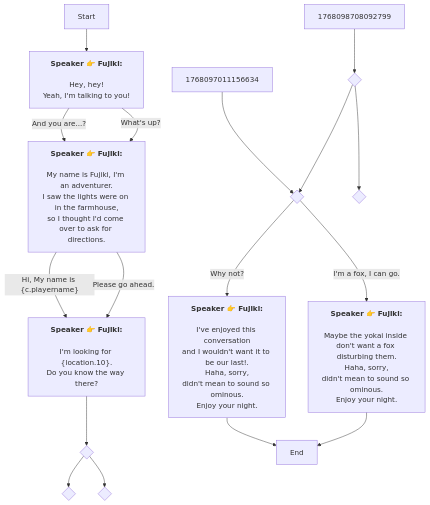
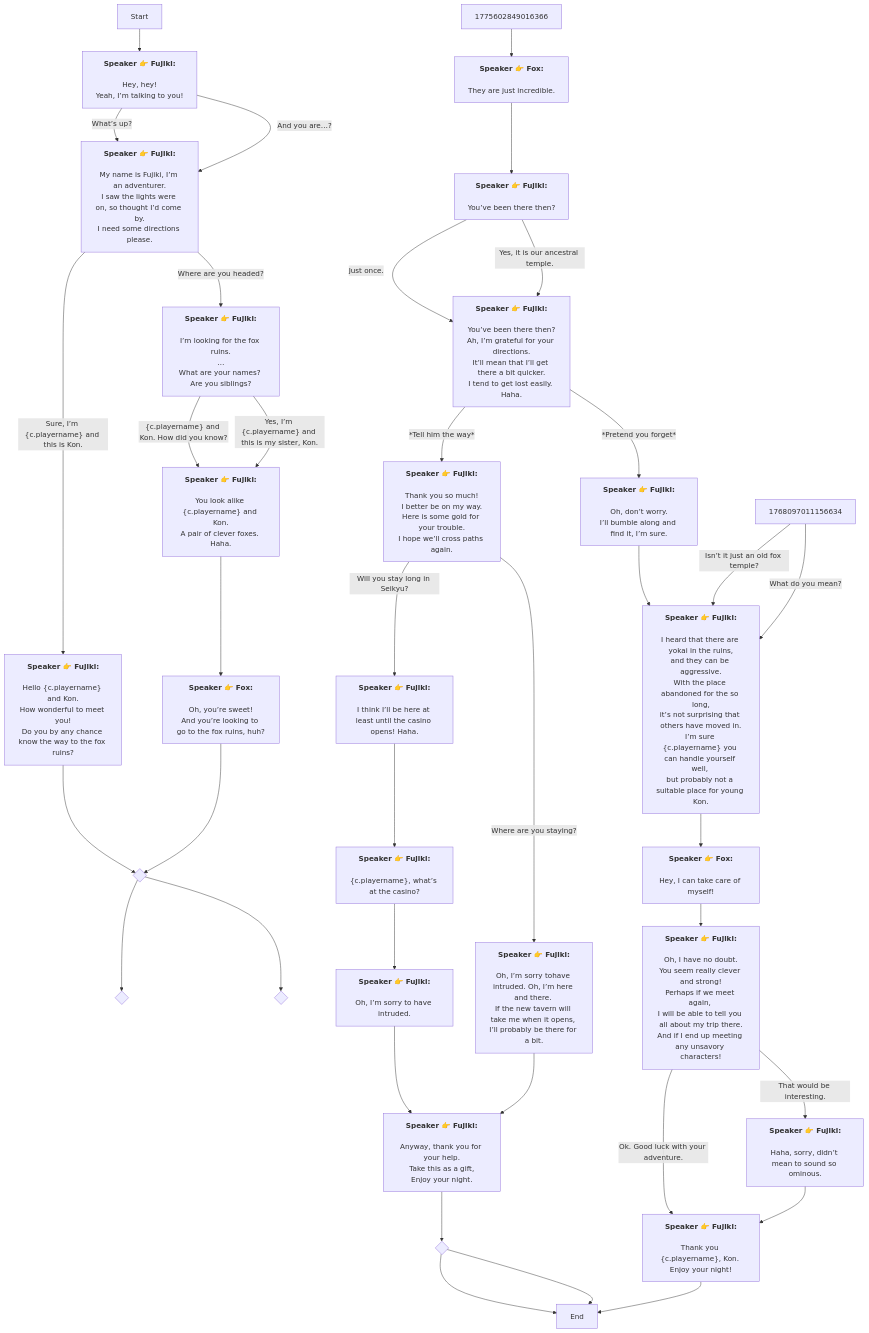
The diagram in En/QuestTalkObjectiveNode_1768086622206848.md (SoftHu/tos_avg), drawn with Mermaid before and after one commit. The commit also changed 780 other files, not shown here.

````diff
--- a/En/QuestTalkObjectiveNode_1768086622206848.md
+++ b/En/QuestTalkObjectiveNode_1768086622206848.md
@@ -2,36 +2,105 @@
 graph
 Start -->1768096637256321[<b>Speaker 👉 Fujiki:</b>
 \nHey, hey!
-Yeah, I'm talking to you!]
-1768096637256321 -->|And you are...?|1768096699678344[<b>Speaker 👉 Fujiki:</b>
-\nMy name is Fujiki, I'm an adventurer.\nI saw the lights were on in the farmhouse,
-so I thought I'd come over to ask for directions.]
-1768096637256321 -->|What's up?|1768096699678344[<b>Speaker 👉 Fujiki:</b>
-\nMy name is Fujiki, I'm an adventurer.\nI saw the lights were on in the farmhouse,
-so I thought I'd come over to ask for directions.]
-1768096699678344 -->|Hi, My name is &lbrace;c.playername&rbrace;|1768096751167118[<b>Speaker 👉 Fujiki:</b>
-\nI'm looking for &lbrace;location.10&rbrace;.
-Do you know the way there?]
-1768096699678344 -->|Please go ahead.|1768096751167118[<b>Speaker 👉 Fujiki:</b>
-\nI'm looking for &lbrace;location.10&rbrace;.
-Do you know the way there?]
+Yeah, I’m talking to you!]
+1768096637256321 -->|What’s up?|1768096699678344[<b>Speaker 👉 Fujiki:</b>
+\nMy name is Fujiki, I’m an adventurer.
+I saw the lights were on, so thought I’d come by.
+I need some directions please.]
+1768096637256321 -->|And you are…?|1768096699678344[<b>Speaker 👉 Fujiki:</b>
+\nMy name is Fujiki, I’m an adventurer.
+I saw the lights were on, so thought I’d come by.
+I need some directions please.]
+1768096699678344 -->|Where are you headed?|1775602677821966[<b>Speaker 👉 Fujiki:</b>
+\nI’m looking for the fox ruins.
+…
+What are your names? Are you siblings?]
+1768096699678344 -->|Sure, I’m &lbrace;c.playername&rbrace; and this is Kon.|1768096751167118[<b>Speaker 👉 Fujiki:</b>
+\nHello &lbrace;c.playername&rbrace; and Kon.
+How wonderful to meet you!\nDo you by any chance know the way to the fox ruins?]
 1768096751167118 -->1768096807608976{ }
+1768096807608976 -->1768097003165337{ }
 1768096807608976 -->1768096783748751{ }
-1768096807608976 -->1768097003165337{ }
-1768097011156634 -->442024252789158{ }
-1768099232604036 -->1768100975726470[End]
-1768099271465861 -->1768100975726470[End]
-1768098708092799 -->1768102595985288{ }
-1768102595985288 -->1768099210808191{ }
-1768102595985288 -->442024252789158{ }
-442024252789158 -->|Why not?|1768099232604036[<b>Speaker 👉 Fujiki:</b>
-\nI've enjoyed this conversation
-and I wouldn't want it to be our last!.\nHaha, sorry,
-didn't mean to sound so ominous.
+1768098708092799 -->|Where are you staying?|1775604410976951[<b>Speaker 👉 Fujiki:</b>
+\nOh, I’m sorry tohave intruded. Oh, I’m here and there. 
+If the new tavern will take me when it opens, 
+I’ll probably be there for a bit.]
+1768098708092799 -->|Will you stay long in Seikyu?|1775604232847021[<b>Speaker 👉 Fujiki:</b>
+\nI think I’ll be here at least until the casino opens! Haha.]
+1775604232847021 -->1775604344854193[<b>Speaker 👉 Fujiki:</b>
+\n&lbrace;c.playername&rbrace;, what’s at the casino?]
+1775604344854193 -->1775604364893876[<b>Speaker 👉 Fujiki:</b>
+\nOh, I’m sorry to have intruded.]
+1775604364893876 -->1775604423722682[<b>Speaker 👉 Fujiki:</b>
+\nAnyway, thank you for your help.
+Take this as a gift,
 Enjoy your night.]
-442024252789158 -->|I'm a fox, I can go.|1768099271465861[<b>Speaker 👉 Fujiki:</b>
-\nMaybe the yokai inside don't want a fox disturbing them.\nHaha, sorry,
-didn't mean to sound so ominous.
+1775604423722682 -->1768102595985288{ }
+1768102595985288 -->1768100975726470[End]
+1768102595985288 -->1768100975726470[End]
+1775604410976951 -->1775604423722682[<b>Speaker 👉 Fujiki:</b>
+\nAnyway, thank you for your help.
+Take this as a gift,
 Enjoy your night.]
+1775602849016366 -->1775602858398260[<b>Speaker 👉 Fox:</b>
+\nThey are just incredible.]
+1775602858398260 -->1775602899668535[<b>Speaker 👉 Fujiki:</b>
+\nYou’ve been there then?]
+1775602899668535 -->|Just once.|1775603011898945[<b>Speaker 👉 Fujiki:</b>
+\nYou’ve been there then?Ah, I’m grateful for your directions.
+It’ll mean that I’ll get there a bit quicker.
+I tend to get lost easily. Haha.]
+1775602899668535 -->|Yes, it is our ancestral temple.|1775603011898945[<b>Speaker 👉 Fujiki:</b>
+\nYou’ve been there then?Ah, I’m grateful for your directions.
+It’ll mean that I’ll get there a bit quicker.
+I tend to get lost easily. Haha.]
+1775603011898945 -->|*Tell him the way*|1768098708092799[<b>Speaker 👉 Fujiki:</b>
+\nThank you so much!
+I better be on my way.\nHere is some gold for your trouble.
+I hope we’ll cross paths again.]
+1775603011898945 -->|*Pretend you forget*|1775603892698780[<b>Speaker 👉 Fujiki:</b>
+\nOh, don’t worry.
+I’ll bumble along and find it, I’m sure.]
+1775603892698780 -->1775603527389774[<b>Speaker 👉 Fujiki:</b>
+\nI heard that there are yokai in the ruins,
+and they can be aggressive.\nWith the place abandoned for the so long,
+it’s not surprising that others have moved in.\nI’m sure &lbrace;c.playername&rbrace; you can handle yourself well, 
+but probably not a suitable place for young Kon.]
+1775603527389774 -->1775603726191235[<b>Speaker 👉 Fox:</b>
+\nHey, I can take care of myself!]
+1775603726191235 -->1775603746253448[<b>Speaker 👉 Fujiki:</b>
+\nOh, I have no doubt.
+You seem really clever and strong!\nPerhaps if we meet again, 
+I will be able to tell you all about my trip there.
+And if I end up meeting any unsavory characters!]
+1775603746253448 -->|Ok. Good luck with your adventure.|1775603829306008[<b>Speaker 👉 Fujiki:</b>
+\nThank you &lbrace;c.playername&rbrace;, Kon. 
+Enjoy your night!]
+1775603746253448 -->|That would be interesting.|1775603811444372[<b>Speaker 👉 Fujiki:</b>
+\nHaha, sorry, didn’t mean to sound so ominous.]
+1775603811444372 -->1775603829306008[<b>Speaker 👉 Fujiki:</b>
+\nThank you &lbrace;c.playername&rbrace;, Kon. 
+Enjoy your night!]
+1775603829306008 -->1768100975726470[End]
+1768097011156634 -->|Isn’t it just an old fox temple?|1775603527389774[<b>Speaker 👉 Fujiki:</b>
+\nI heard that there are yokai in the ruins,
+and they can be aggressive.\nWith the place abandoned for the so long,
+it’s not surprising that others have moved in.\nI’m sure &lbrace;c.playername&rbrace; you can handle yourself well, 
+but probably not a suitable place for young Kon.]
+1768097011156634 -->|What do you mean?|1775603527389774[<b>Speaker 👉 Fujiki:</b>
+\nI heard that there are yokai in the ruins,
+and they can be aggressive.\nWith the place abandoned for the so long,
+it’s not surprising that others have moved in.\nI’m sure &lbrace;c.playername&rbrace; you can handle yourself well, 
+but probably not a suitable place for young Kon.]
+1775602677821966 -->|&lbrace;c.playername&rbrace; and Kon. How did you know?|1775602708264473[<b>Speaker 👉 Fujiki:</b>
+\nYou look alike &lbrace;c.playername&rbrace; and Kon.
+A pair of clever foxes. Haha.]
+1775602677821966 -->|Yes, I’m &lbrace;c.playername&rbrace; and this is my sister, Kon.|1775602708264473[<b>Speaker 👉 Fujiki:</b>
+\nYou look alike &lbrace;c.playername&rbrace; and Kon.
+A pair of clever foxes. Haha.]
+1775602708264473 -->1775602748246556[<b>Speaker 👉 Fox:</b>
+\nOh, you’re sweet!
+And you’re looking to go to the fox ruins, huh?]
+1775602748246556 -->1768096807608976{ }
 
 ```
````
